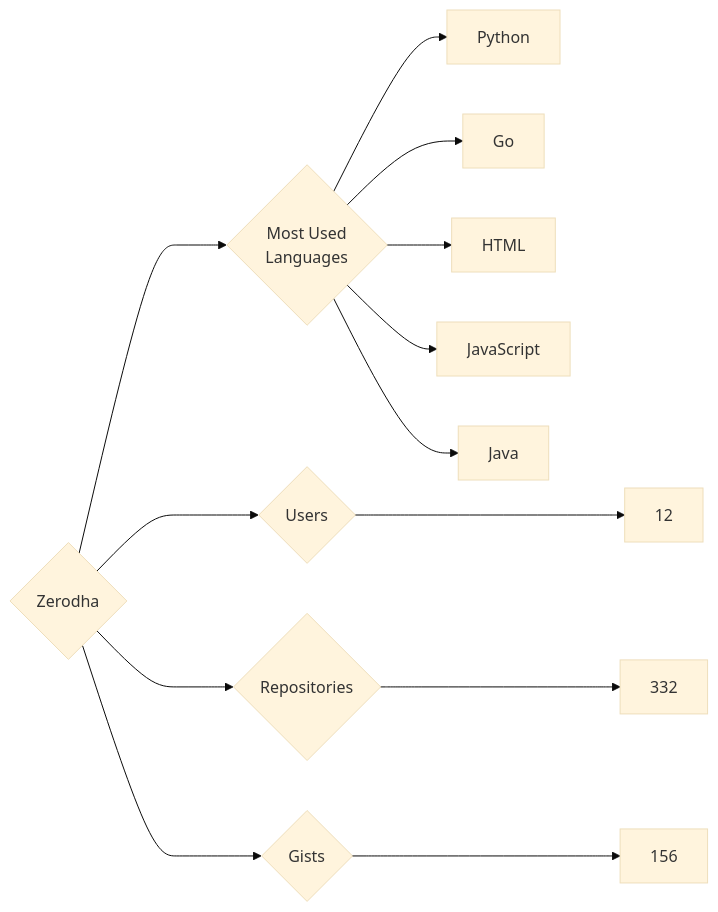
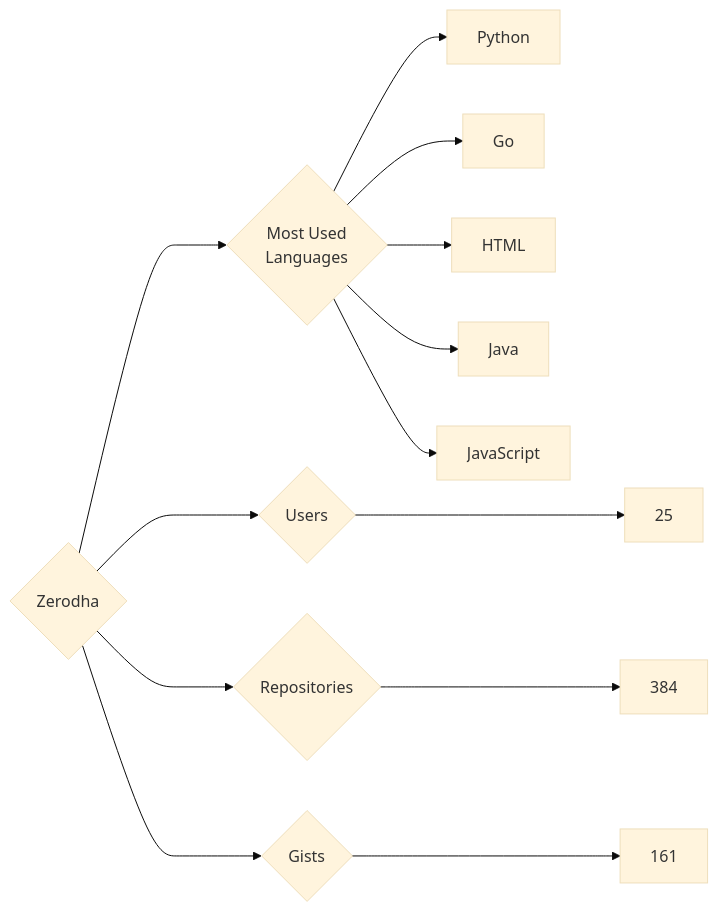
Before and after one commit to trickest/insiders: the diagram in targets/Zerodha/README.md, drawn with Mermaid (base theme). The commit also changed 972 other files, not shown here.

````diff
--- a/targets/Zerodha/README.md
+++ b/targets/Zerodha/README.md
@@ -3,13 +3,13 @@
 ```mermaid
 graph LR
 COMPANY_NAME{Zerodha}
-COMPANY_NAME ---> U{Users} ---> UN[12]
-COMPANY_NAME ---> R{Repositories} ---> RN[332]
-COMPANY_NAME ---> G{Gists} ---> GN[156]
+COMPANY_NAME ---> U{Users} ---> UN[25]
+COMPANY_NAME ---> R{Repositories} ---> RN[384]
+COMPANY_NAME ---> G{Gists} ---> GN[161]
 COMPANY_NAME ---> ML{Most Used<br>Languages}
 ML --> Python[Python]
 ML --> Go[Go]
 ML --> HTML[HTML]
+ML --> Java[Java]
 ML --> JavaScript[JavaScript]
-ML --> Java[Java]
 ```
````
